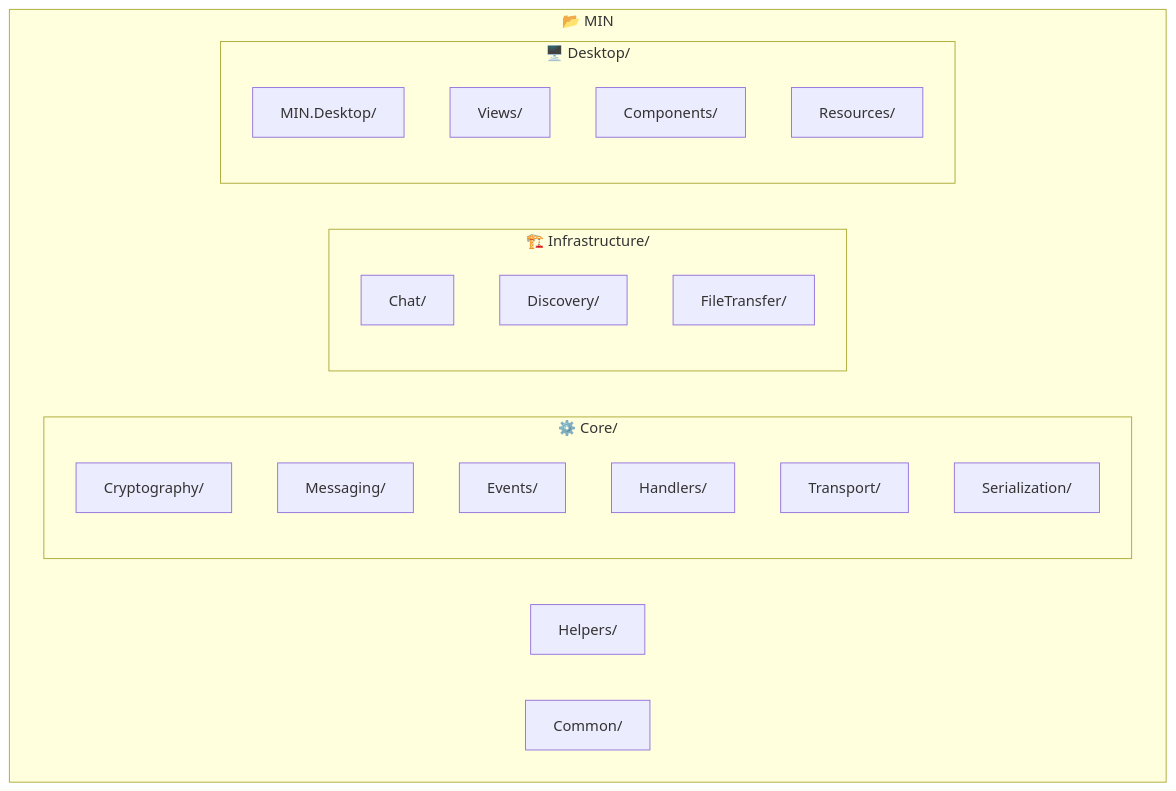
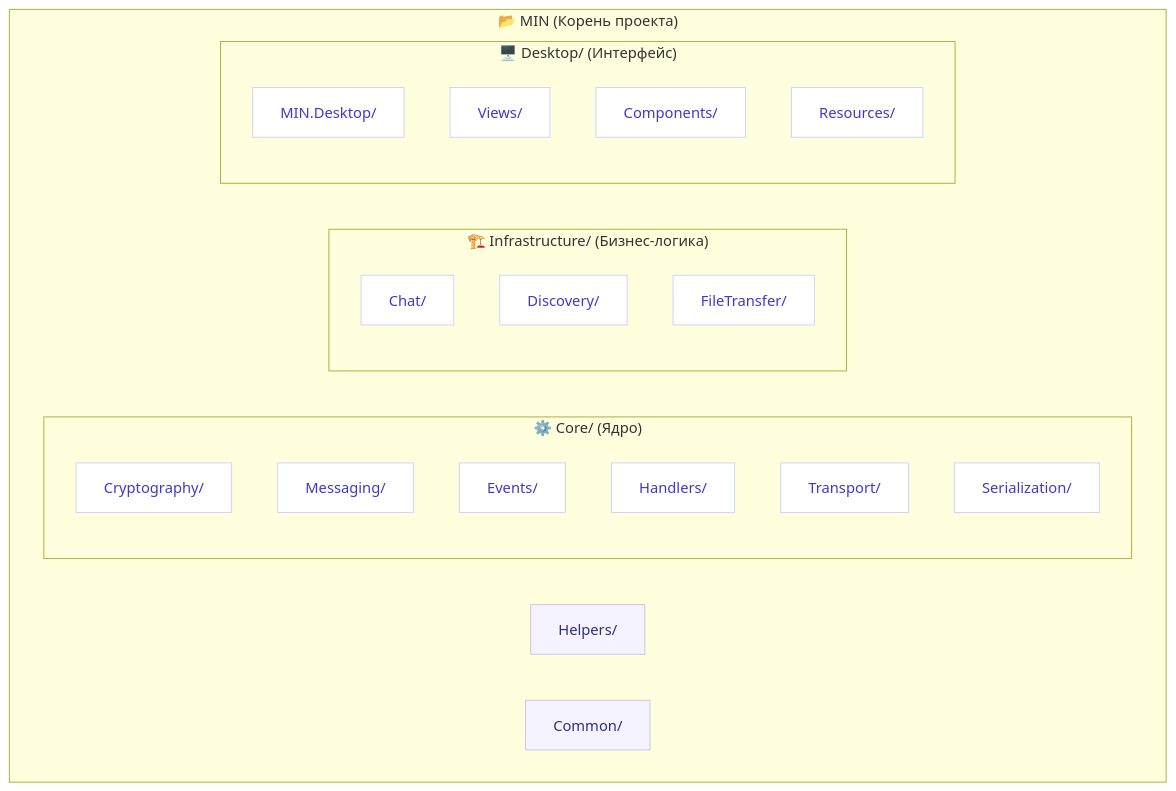
The second of 3 diagrams in README.md (CasCadeVR/MIN), drawn with Mermaid before and after one commit. The commit also changed other lines of this file, not shown here.

````diff
--- a/README.md
+++ b/README.md
@@ -155,26 +166,42 @@
 ```mermaid
 flowchart TB
-    subgraph MIN["📂 MIN"]
-        subgraph CORE["⚙️ Core/"]
+    %% Стили слоёв
+    classDef folder fill:#f5f3ff,stroke:#c7c2ea,color:#312e81
+    classDef coreFolder fill:#ede9fe,stroke:#7c3aed,color:#5b21b6
+    classDef infraFolder fill:#e0e7ff,stroke:#4f46e5,color:#3730a3
+    classDef deskFolder fill:#dbeafe,stroke:#3b82f6,color:#1e40af
+    classDef file fill:#fff,stroke:#c7d2fe,color:#4338ca
+    classDef rootFolder fill:#fef3c7,stroke:#f59e0b,color:#92400e
+    
+    subgraph MIN["📂 MIN (Корень проекта)"]
+        class MIN rootFolder
+        subgraph CORE["⚙️ Core/ (Ядро)"]
+            class CORE coreFolder
             G["Cryptography/"]
             H["Messaging/"]
             I["Events/"]
             J["Handlers/"]
             K["Transport/"]
             L["Serialization/"]
+            class G,H,I,J,K,L file
         end
-        subgraph INF["🏗️ Infrastructure/"]
+        subgraph INF["🏗️ Infrastructure/ (Бизнес-логика)"]
+            class INF infraFolder
             M["Chat/"]
             N["Discovery/"]
             O["FileTransfer/"]
+            class M,N,O file
         end
-        subgraph DESK["🖥️ Desktop/"]
+        subgraph DESK["🖥️ Desktop/ (Интерфейс)"]
+            class DESK deskFolder
             P["MIN.Desktop/"]
             Q["Views/"]
             R["Components/"]
             S["Resources/"]
+            class P,Q,R,S file
         end
         T["Helpers/"]
         U["Common/"]
+        class T,U folder
     end
 ```
````
